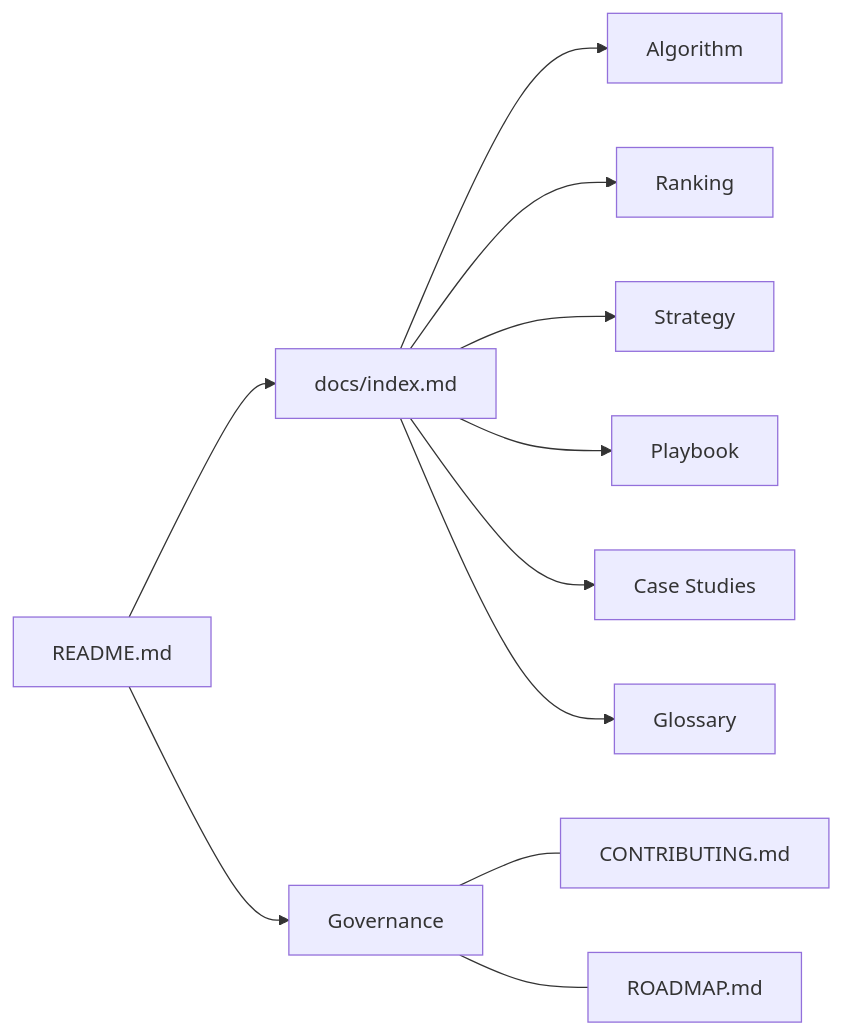
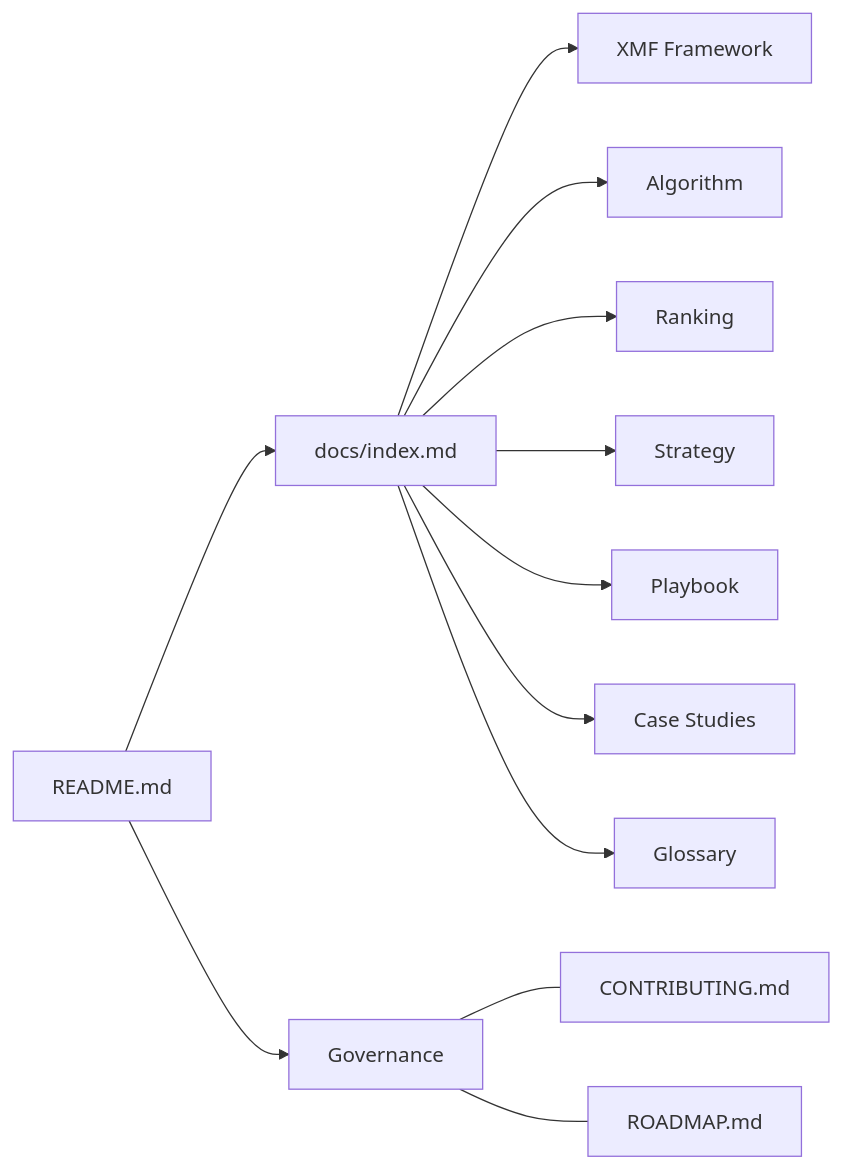
One commit to Hustlenix/X-growth-lab changed the second of 2 diagrams in README.md. Above: the diagram before and after it, drawn with Mermaid. The commit also changed other lines of this file and 3 other files, not shown here.

First line of the commit message:
Implement 'The X Momentum Framework' (XMF) as signature methodology

````diff
--- a/README.md
+++ b/README.md
@@ -61,14 +73,15 @@
 ```mermaid
 graph LR
     Root[README.md] --> Docs[docs/index.md]
+    Docs --> Guide0[XMF Framework]
     Docs --> Guide1[Algorithm]
     Docs --> Guide2[Ranking]
     Docs --> Guide3[Strategy]
     Docs --> Guide4[Playbook]
     Docs --> Guide5[Case Studies]
     Docs --> Guide6[Glossary]
 
     Root --> Gov[Governance]
     Gov --- G1[CONTRIBUTING.md]
     Gov --- G2[ROADMAP.md]
 ```
````
